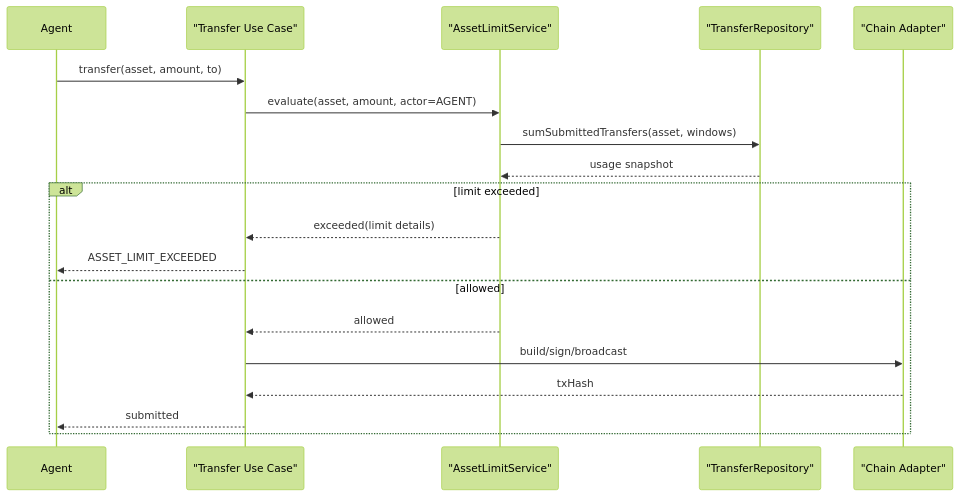
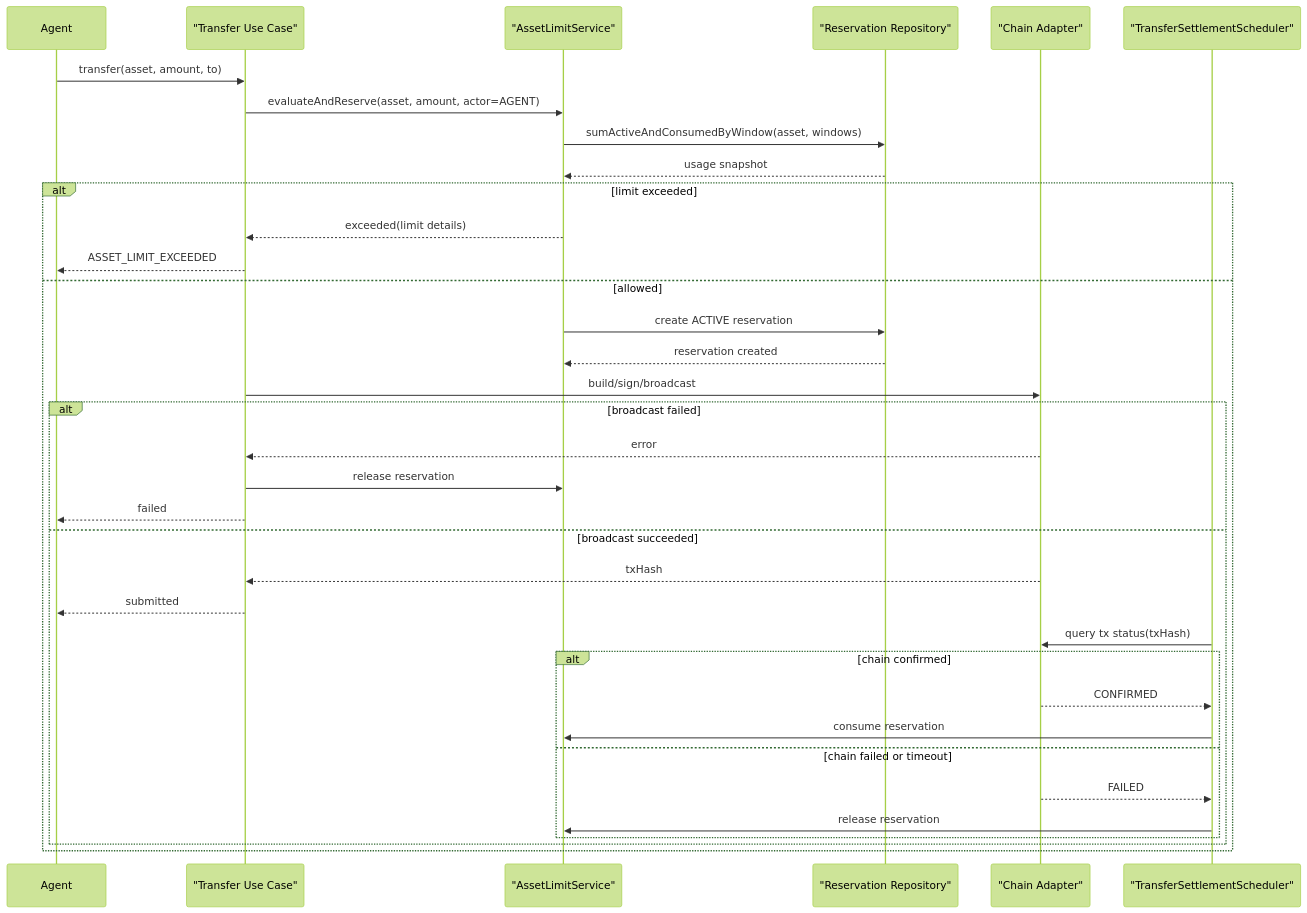
One commit to appfi5/SupeRISE-for-agent changed the diagram in design/architecture/06-wallet-domain-and-use-cases.md. Above: the diagram before and after it, drawn with Mermaid (forest theme). The commit also changed other lines of this file and 12 other files, not shown here.

Commit message:
docs(architecture): define transfer settlement and tx status design

````diff
--- a/design/architecture/06-wallet-domain-and-use-cases.md
+++ b/design/architecture/06-wallet-domain-and-use-cases.md
@@ -302,22 +392,38 @@
 ```mermaid
 sequenceDiagram
     participant Agent
     participant Transfer as "Transfer Use Case"
     participant Limit as "AssetLimitService"
-    participant Repo as "TransferRepository"
+    participant Repo as "Reservation Repository"
     participant Chain as "Chain Adapter"
+    participant Scheduler as "TransferSettlementScheduler"
 
     Agent->>Transfer: transfer(asset, amount, to)
-    Transfer->>Limit: evaluate(asset, amount, actor=AGENT)
-    Limit->>Repo: sumSubmittedTransfers(asset, windows)
+    Transfer->>Limit: evaluateAndReserve(asset, amount, actor=AGENT)
+    Limit->>Repo: sumActiveAndConsumedByWindow(asset, windows)
     Repo-->>Limit: usage snapshot
     alt limit exceeded
         Limit-->>Transfer: exceeded(limit details)
         Transfer-->>Agent: ASSET_LIMIT_EXCEEDED
     else allowed
-        Limit-->>Transfer: allowed
+        Limit->>Repo: create ACTIVE reservation
+        Repo-->>Limit: reservation created
         Transfer->>Chain: build/sign/broadcast
-        Chain-->>Transfer: txHash
-        Transfer-->>Agent: submitted
+        alt broadcast failed
+            Chain-->>Transfer: error
+            Transfer->>Limit: release reservation
+            Transfer-->>Agent: failed
+        else broadcast succeeded
+            Chain-->>Transfer: txHash
+            Transfer-->>Agent: submitted
+            Scheduler->>Chain: query tx status(txHash)
+            alt chain confirmed
+                Chain-->>Scheduler: CONFIRMED
+                Scheduler->>Limit: consume reservation
+            else chain failed or timeout
+                Chain-->>Scheduler: FAILED
+                Scheduler->>Limit: release reservation
+            end
+        end
     end
 ```
````
